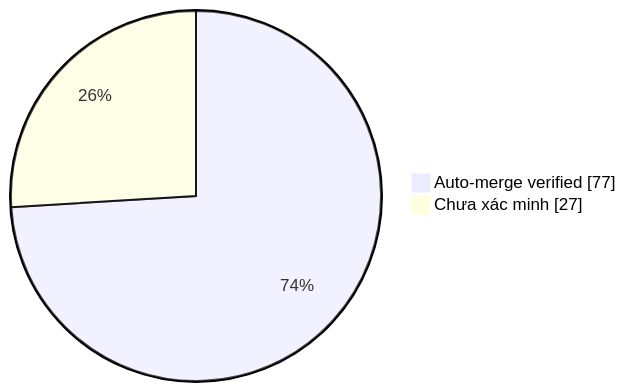
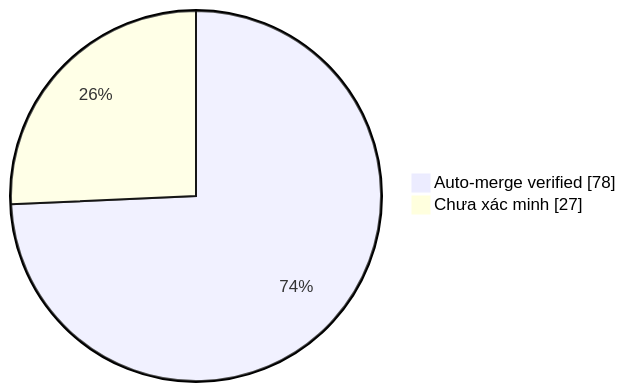
Before and after one commit to duykhang68/tetdinhmuiblog: the diagram in collector.md, drawn with Mermaid. The commit also changed other lines of this file and 1 other file, not shown here.

Commit message:
docs(collector): update auto-merge evidence dashboard

````diff
--- a/collector.md
+++ b/collector.md
@@ -22,5 +22,5 @@
 ```mermaid
 pie showData
-    "Auto-merge verified" : 77
+    "Auto-merge verified" : 78
     "Chưa xác minh" : 27
 ```
````
